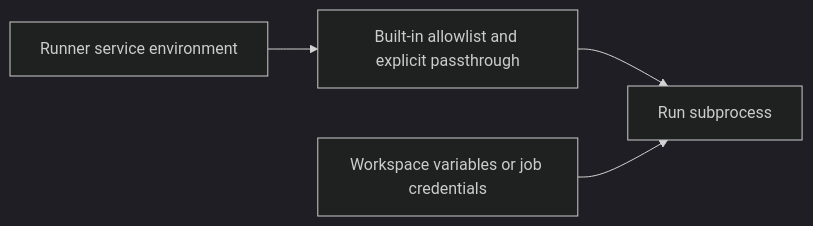
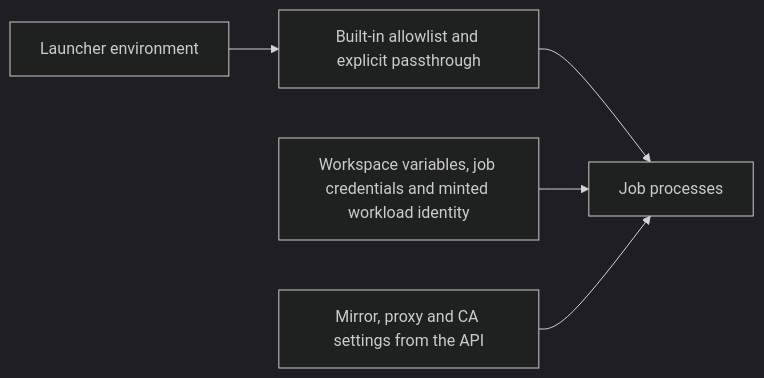
One commit to vhco-pro/stackweaver-frontend changed the diagram in docs/get-started/self-hosting/environment-variables.md. Above: the diagram before and after it, drawn with Mermaid (dark theme). The commit also changed other lines of this file and 118 other files, not shown here.

Commit message:
Merge pull request #1002: launchers, drivers and executors for every run, job and sync (#304)

````diff
--- a/docs/get-started/self-hosting/environment-variables.md
+++ b/docs/get-started/self-hosting/environment-variables.md
@@ -357,6 +378,7 @@
 ```mermaid
 flowchart LR
-    A["Runner service environment"] --> B["Built-in allowlist and explicit passthrough"]
-    B --> D["Run subprocess"]
-    C["Workspace variables or job credentials"] --> D
+    A["Launcher environment"] --> B["Built-in allowlist and explicit passthrough"]
+    B --> D["Job processes"]
+    C["Workspace variables, job credentials and minted workload identity"] --> D
+    E["Mirror, proxy and CA settings from the API"] --> D
 ```
````
